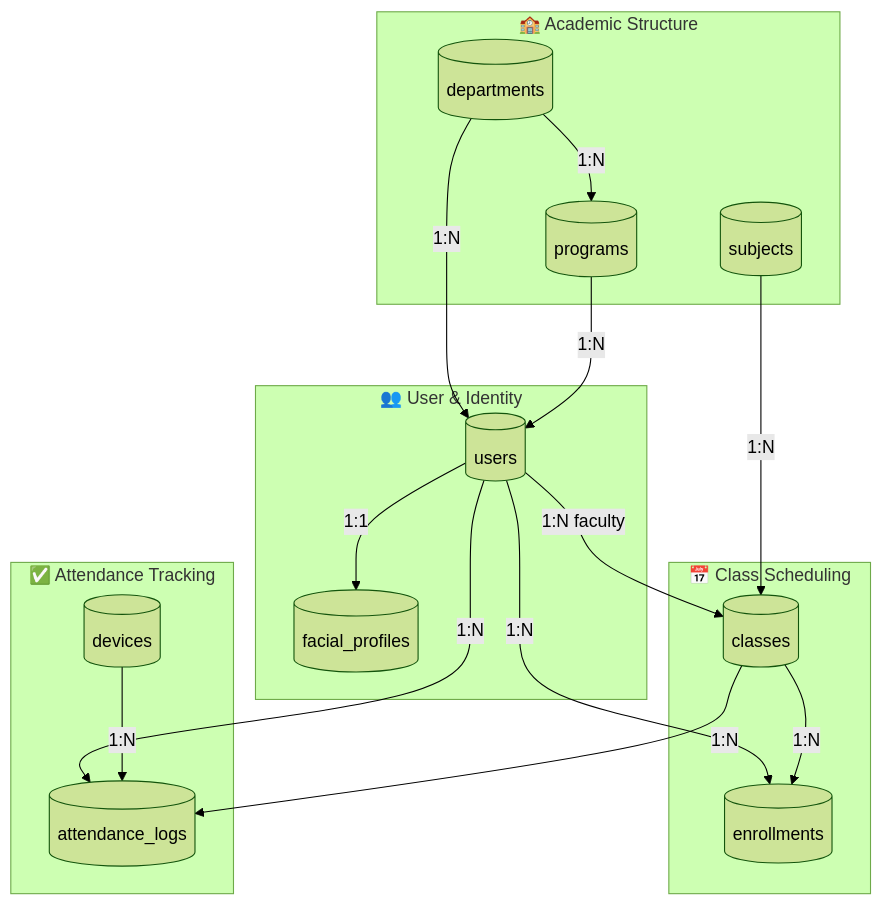
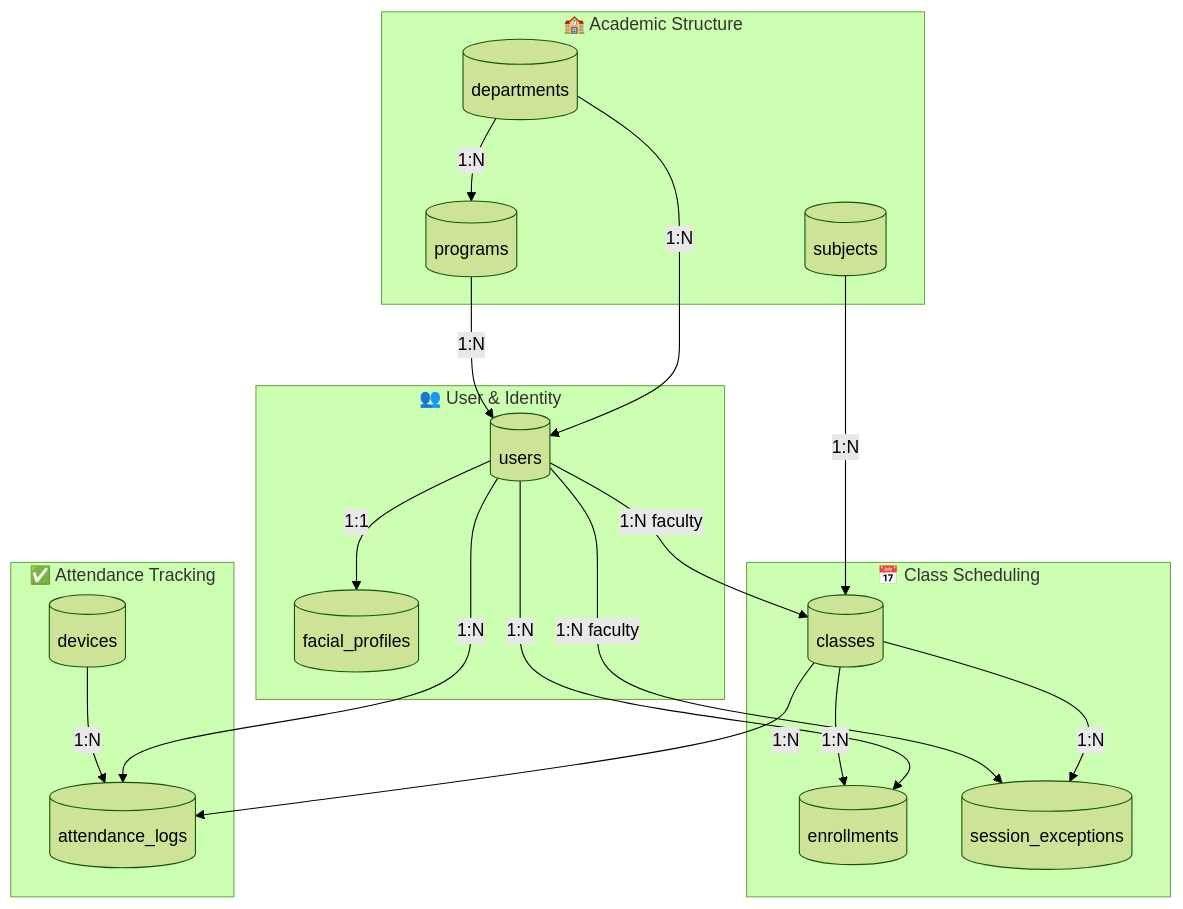
One commit to EannMon/FRAMESCAPSTONE changed the second of 3 diagrams in documentation/database/FRAMES_Database_Schema_Complete.md. Above: the diagram before and after it, drawn with Mermaid (forest theme). The commit also changed other lines of this file and 1 other file, not shown here.

````diff
--- a/documentation/database/FRAMES_Database_Schema_Complete.md
+++ b/documentation/database/FRAMES_Database_Schema_Complete.md
@@ -220,38 +233,42 @@
 ```mermaid
 flowchart TB
     subgraph ACADEMIC["🏫 Academic Structure"]
         DEP[("departments")]
         PRG[("programs")]
         SUB[("subjects")]
     end
     
     subgraph IDENTITY["👥 User & Identity"]
         USR[("users")]
         FP[("facial_profiles")]
     end
     
     subgraph SCHEDULE["📅 Class Scheduling"]
         CLS[("classes")]
         ENR[("enrollments")]
+        EXC[("session_exceptions")]
     end
     
     subgraph ATTEND["✅ Attendance Tracking"]
         DEV[("devices")]
         ATT[("attendance_logs")]
     end
     
     DEP -->|"1:N"| PRG
     DEP -->|"1:N"| USR
     PRG -->|"1:N"| USR
     
     USR -->|"1:1"| FP
     USR -->|"1:N"| ENR
     USR -->|"1:N faculty"| CLS
     USR -->|"1:N"| ATT
     
     SUB -->|"1:N"| CLS
     CLS -->|"1:N"| ENR
     CLS -->|"1:N"| ATT
+    CLS -->|"1:N"| EXC
+    
+    USR -->|"1:N faculty"| EXC
     
     DEV -->|"1:N"| ATT
 ```
````
